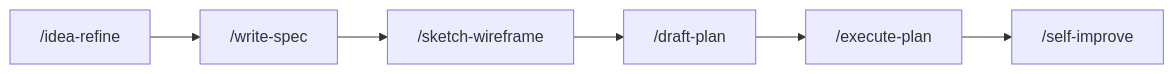
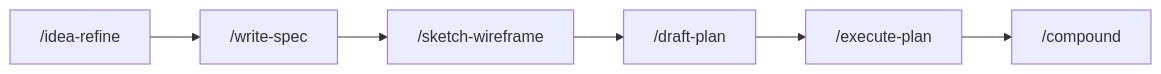
The diagram in README.md (toy-crane/harness-engineering-template), drawn with Mermaid before and after one commit. The commit also changed other lines of this file and 4 other files, not shown here.

First line of the commit message:
refactor(skills): rename self-improve to compound

````diff
--- a/README.md
+++ b/README.md
@@ -61,8 +61,8 @@
 ```mermaid
 flowchart LR
     A["/idea-refine"] --> B["/write-spec"]
     B --> C["/sketch-wireframe"]
     C --> D["/draft-plan"]
     D --> E["/execute-plan"]
-    E --> F["/self-improve"]
+    E --> F["/compound"]
 ```
````
